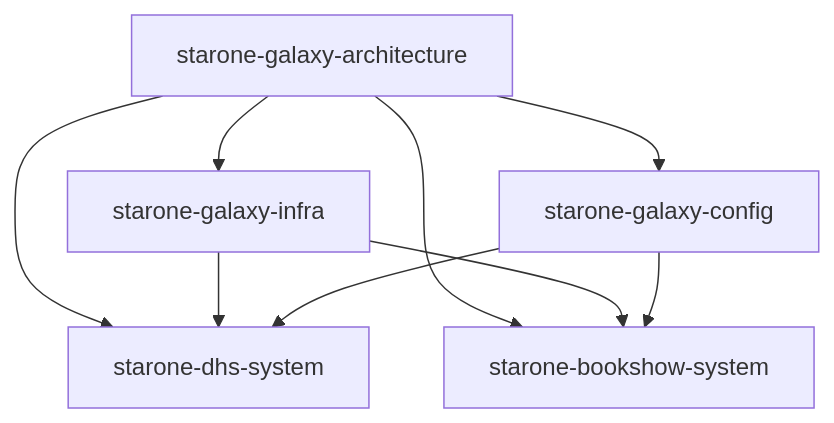
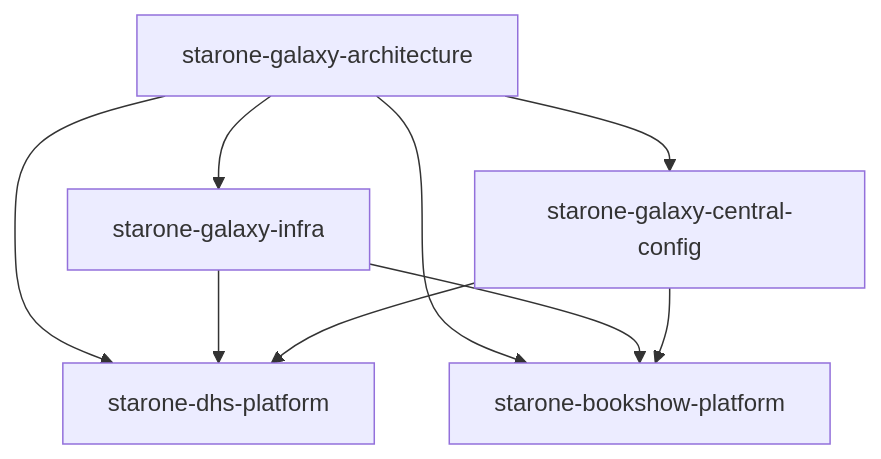
One commit to STARONE-INFOTECH/starone-galaxy-architecture changed the diagram in docs/adr/ADR-001-Repository-Taxonomy-Governance.md. Above: the diagram before and after it, drawn with Mermaid. The commit also changed other lines of this file and 84 other files, not shown here.

````diff
--- a/docs/adr/ADR-001-Repository-Taxonomy-Governance.md
+++ b/docs/adr/ADR-001-Repository-Taxonomy-Governance.md
@@ -239,24 +240,24 @@
 ```mermaid
 flowchart TD
 
 ARCH[starone-galaxy-architecture]
 
 INFRA[starone-galaxy-infra]
 
-CONFIG[starone-galaxy-config]
+CONFIG[starone-galaxy-central-config]
 
-DHS[starone-dhs-system]
+DHS[starone-dhs-platform]
 
-BOOKSHOW[starone-bookshow-system]
+BOOKSHOW[starone-bookshow-platform]
 
 ARCH --> INFRA
 ARCH --> CONFIG
 ARCH --> DHS
 ARCH --> BOOKSHOW
 
 INFRA --> DHS
 INFRA --> BOOKSHOW
 
 CONFIG --> DHS
 CONFIG --> BOOKSHOW
 ```
````
